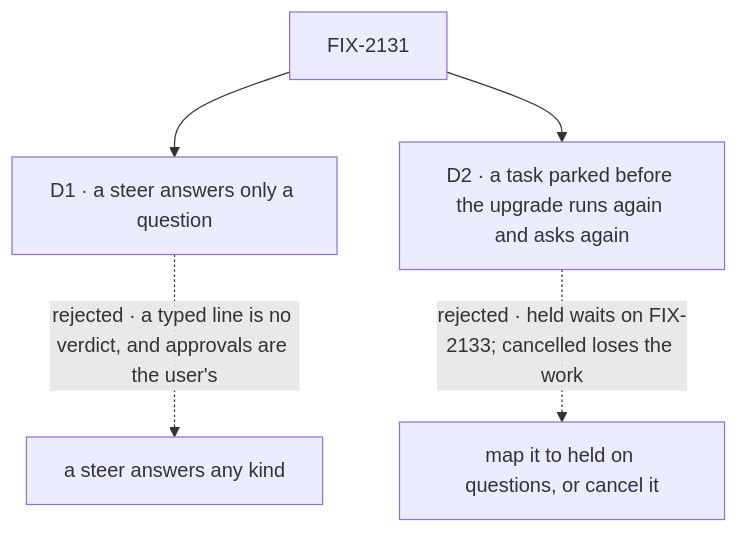
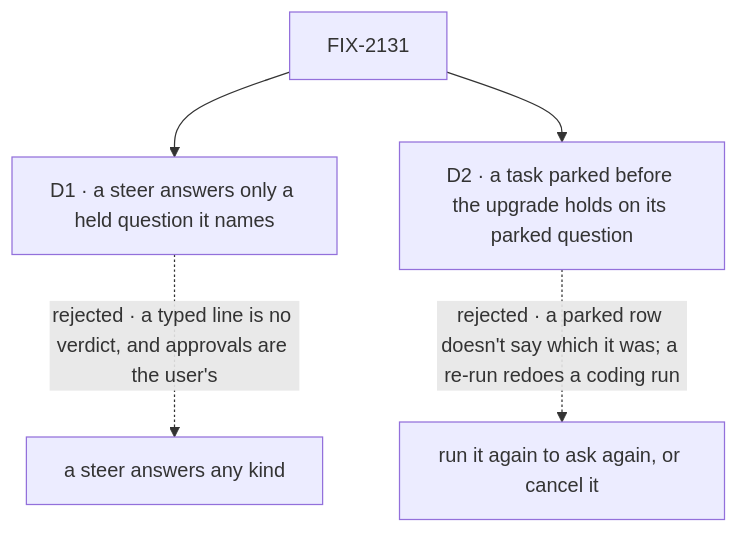
One commit to fixpoint-labs/flow-state-dev changed the diagram in specs/issues/FIX-2131/DECISIONS.md. Above: the diagram before and after it, drawn with Mermaid. The commit also changed other lines of this file and 4 other files, not shown here.

````diff
--- a/specs/issues/FIX-2131/DECISIONS.md
+++ b/specs/issues/FIX-2131/DECISIONS.md
@@ -12,7 +13,7 @@
 ```mermaid
 flowchart TD
-  I["FIX-2131"] --> D1["D1 · a steer answers only a question"]
+  I["FIX-2131"] --> D1["D1 · a steer answers only a held question it names"]
   D1 -.->|"rejected · a typed line is no verdict, and approvals are the user's"| X1["a steer answers any kind"]
-  I --> D2["D2 · a task parked before the upgrade runs again and asks again"]
-  D2 -.->|"rejected · held waits on FIX-2133; cancelled loses the work"| X2["map it to held on questions, or cancel it"]
+  I --> D2["D2 · a task parked before the upgrade holds on its parked question"]
+  D2 -.->|"rejected · a parked row doesn't say which it was; a re-run redoes a coding run"| X2["run it again to ask again, or cancel it"]
 ```
````
